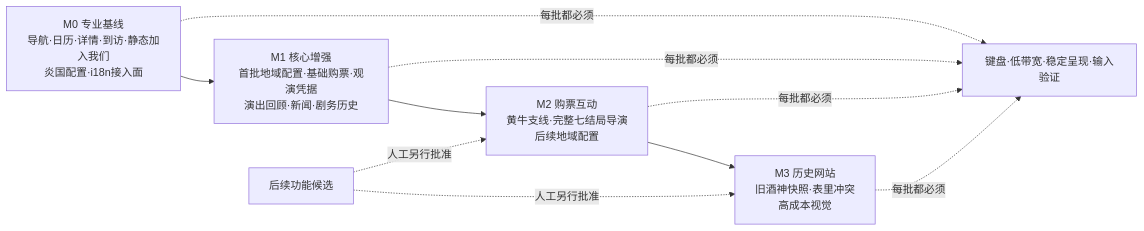
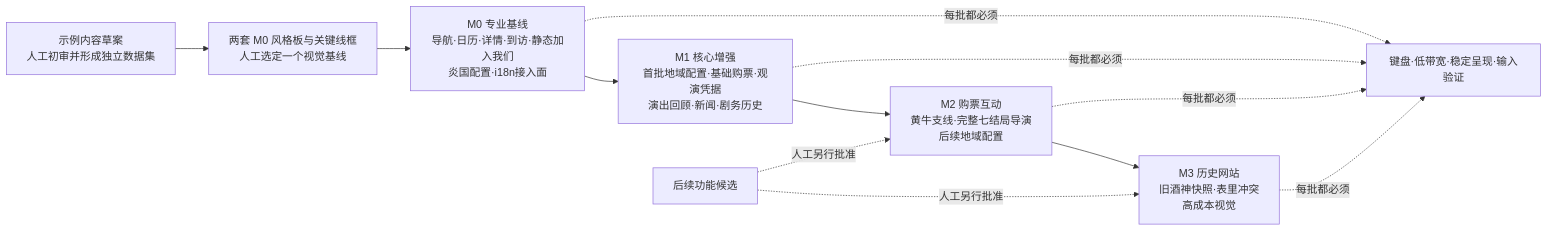
Before and after one commit to Selloryebir/crimson_troupe: the diagram in docs/blueprint/03_journeys/maps/11_开发顺序.mmd, drawn with Mermaid. The commit also changed 14 other files, not shown here.

```diff
--- a/docs/blueprint/03_journeys/maps/11_开发顺序.mmd
+++ b/docs/blueprint/03_journeys/maps/11_开发顺序.mmd
@@ -1,14 +1,15 @@
 flowchart LR
-  M0[M0 专业基线
+  Content[示例内容草案<br/>人工初审并形成独立数据集] --> Visual[两套 M0 风格板与关键线框<br/>人工选定一个视觉基线]
+  Visual --> M0[M0 专业基线
 导航·日历·详情·到访·静态加入我们<br/>炎国配置·i18n接入面] --> M1[M1 核心增强
 首批地域配置·基础购票·观演凭据<br/>演出回顾·新闻·剧务历史]
   M1 --> M2[M2 购票互动
 黄牛支线·完整七结局导演<br/>后续地域配置]
   M2 --> M3[M3 历史网站
 旧酒神快照·表里冲突<br/>高成本视觉]
   M0 -.每批都必须.-> Gate[键盘·低带宽·稳定呈现·输入验证]
   M1 -.每批都必须.-> Gate
   M2 -.每批都必须.-> Gate
   M3 -.每批都必须.-> Gate
   Candidate[后续功能候选] -.人工另行批准.-> M2
   Candidate -.人工另行批准.-> M3
```
